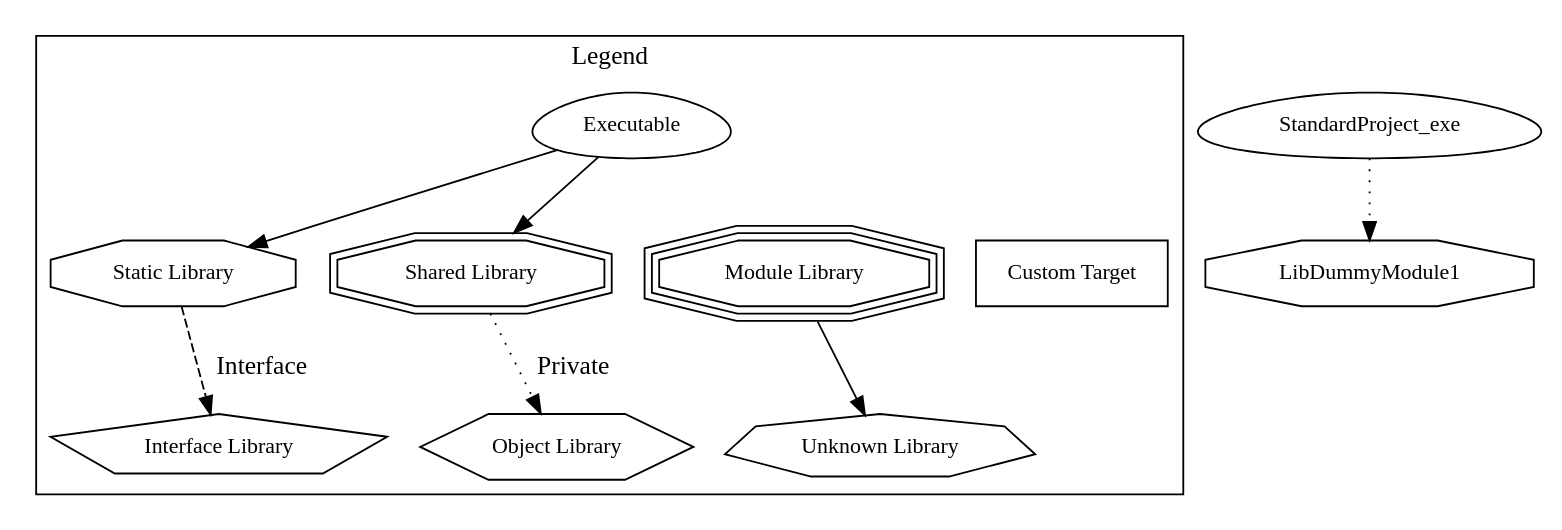
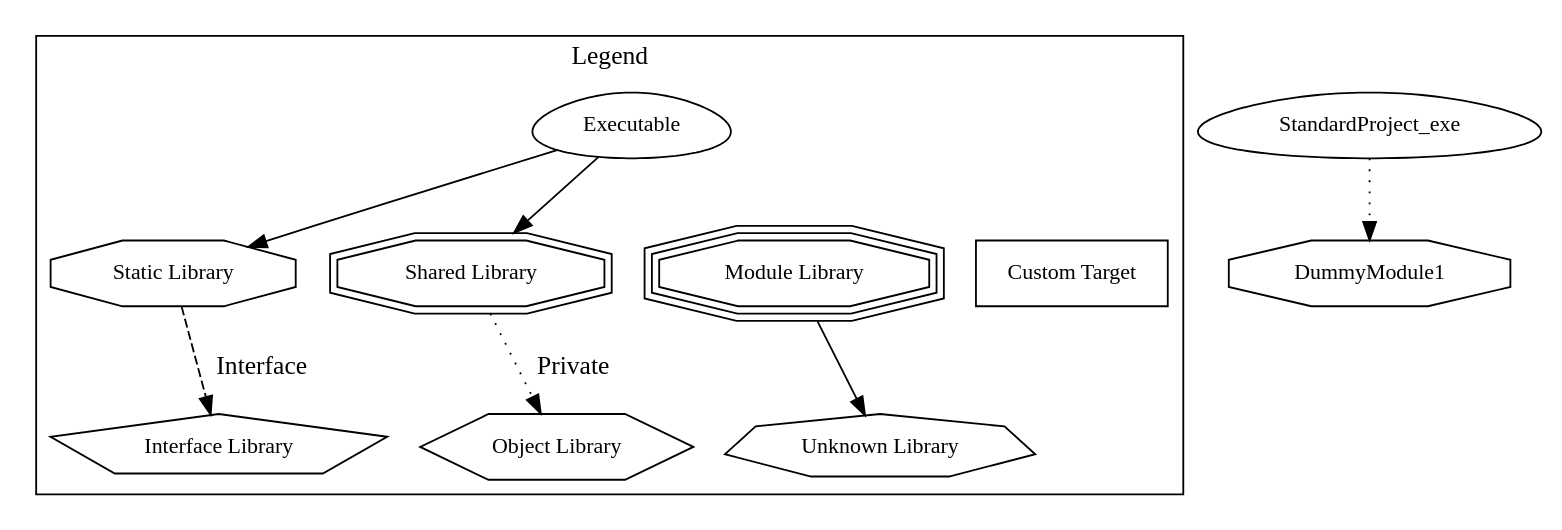
One commit to p0-dev/StandardProject_CCXX changed the diagram in Diagram/Overview.dot. Above: the diagram before and after it, drawn with Graphviz. The commit also changed 29 other files, not shown here.

```diff
--- a/Diagram/Overview.dot
+++ b/Diagram/Overview.dot
@@ -1,28 +1,28 @@
 digraph "StandardProject" {
 node [
   fontsize = "12"
 ];
 subgraph clusterLegend {
   label = "Legend";
   color = black;
   edge [ style = invis ];
   legendNode0 [ label = "Executable", shape = egg ];
   legendNode1 [ label = "Static Library", shape = octagon ];
   legendNode2 [ label = "Shared Library", shape = doubleoctagon ];
   legendNode3 [ label = "Module Library", shape = tripleoctagon ];
   legendNode4 [ label = "Interface Library", shape = pentagon ];
   legendNode5 [ label = "Object Library", shape = hexagon ];
   legendNode6 [ label = "Unknown Library", shape = septagon ];
   legendNode7 [ label = "Custom Target", shape = box ];
   legendNode0 -> legendNode1 [ style = solid ];
   legendNode0 -> legendNode2 [ style = solid ];
   legendNode0 -> legendNode3;
   legendNode1 -> legendNode4 [ label = "Interface", style = dashed ];
   legendNode2 -> legendNode5 [ label = "Private", style = dotted ];
   legendNode3 -> legendNode6 [ style = solid ];
   legendNode0 -> legendNode7;
 }
-    "node0" [ label = "LibDummyModule1", shape = octagon ];
+    "node0" [ label = "DummyModule1", shape = octagon ];
     "node1" [ label = "StandardProject_exe", shape = egg ];
-    "node1" -> "node0" [ style = dotted ] // StandardProject_exe -> LibDummyModule1
+    "node1" -> "node0" [ style = dotted ] // StandardProject_exe -> DummyModule1
 }
```
